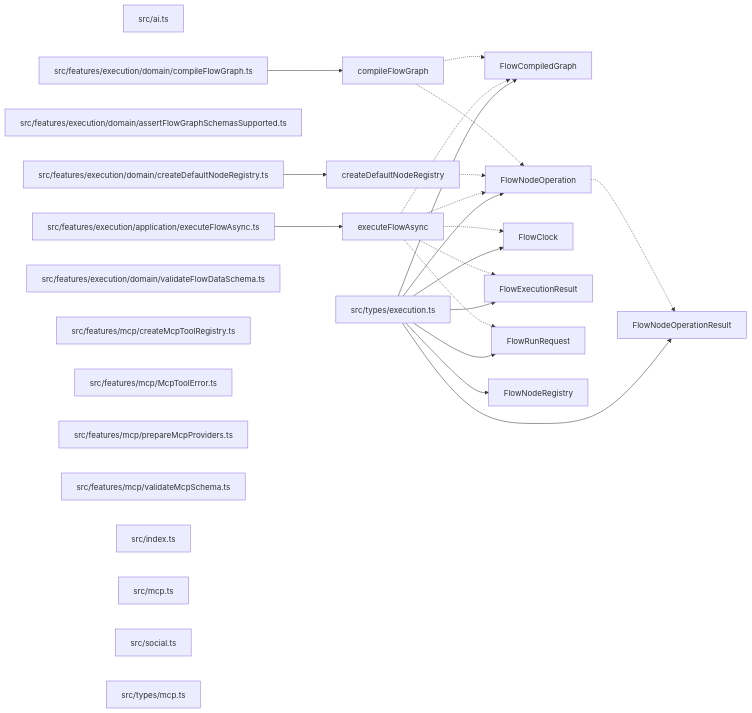
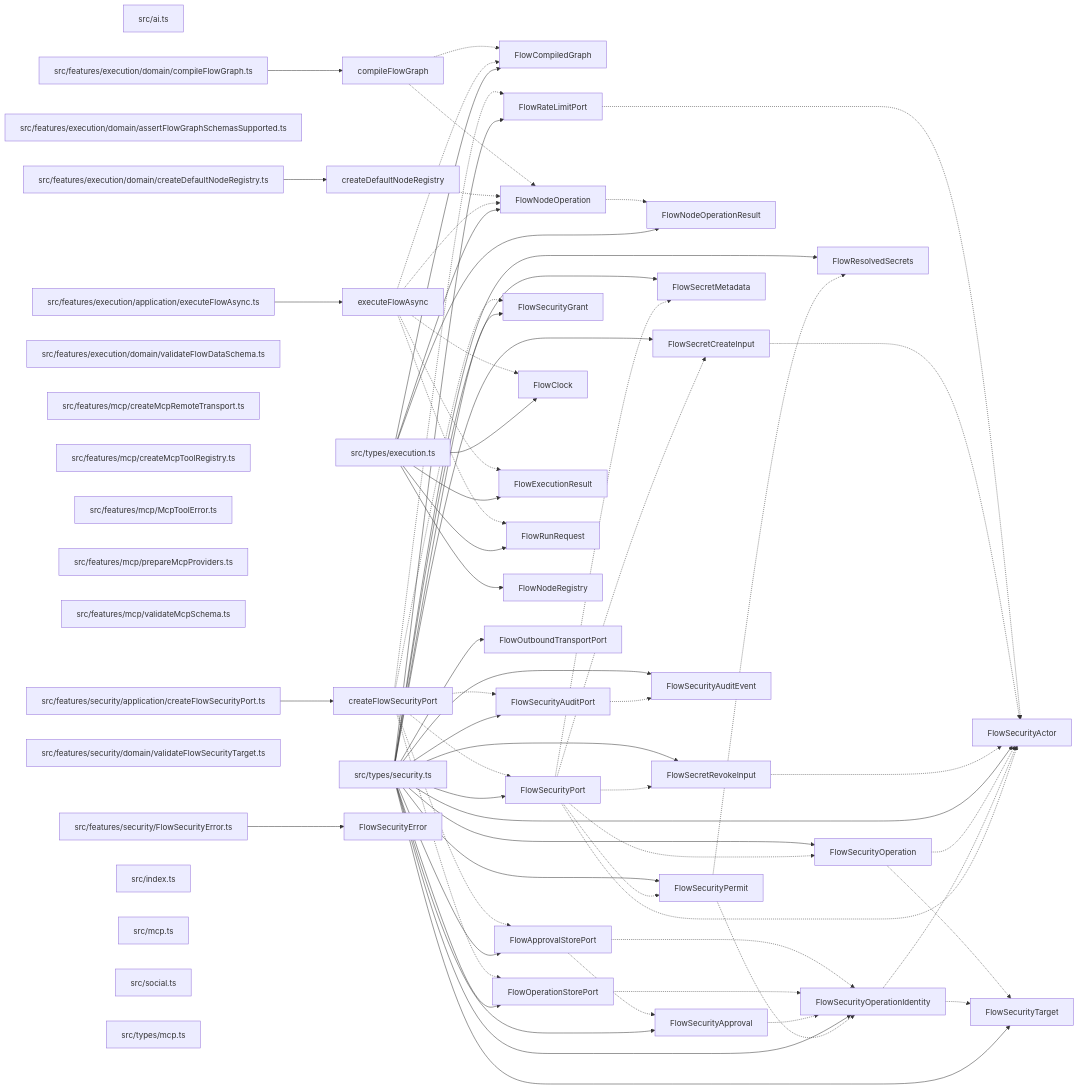
One commit to ankhorage/flow changed the diagram in paradox/diagrams/export-graph.mmd. Above: the diagram before and after it, drawn with Mermaid. The commit also changed 11 other files, not shown here.

```diff
--- a/paradox/diagrams/export-graph.mmd
+++ b/paradox/diagrams/export-graph.mmd
@@ -1,45 +1,116 @@
 graph LR
   module_src_ai_ts["src/ai.ts"]
   module_src_features_execution_application_executeFlowAsync_ts["src/features/execution/application/executeFlowAsync.ts"]
   module_src_features_execution_domain_assertFlowGraphSchemasSupported_ts["src/features/execution/domain/assertFlowGraphSchemasSupported.ts"]
   module_src_features_execution_domain_compileFlowGraph_ts["src/features/execution/domain/compileFlowGraph.ts"]
   module_src_features_execution_domain_createDefaultNodeRegistry_ts["src/features/execution/domain/createDefaultNodeRegistry.ts"]
   module_src_features_execution_domain_validateFlowDataSchema_ts["src/features/execution/domain/validateFlowDataSchema.ts"]
+  module_src_features_mcp_createMcpRemoteTransport_ts["src/features/mcp/createMcpRemoteTransport.ts"]
   module_src_features_mcp_createMcpToolRegistry_ts["src/features/mcp/createMcpToolRegistry.ts"]
   module_src_features_mcp_McpToolError_ts["src/features/mcp/McpToolError.ts"]
   module_src_features_mcp_prepareMcpProviders_ts["src/features/mcp/prepareMcpProviders.ts"]
   module_src_features_mcp_validateMcpSchema_ts["src/features/mcp/validateMcpSchema.ts"]
+  module_src_features_security_application_createFlowSecurityPort_ts["src/features/security/application/createFlowSecurityPort.ts"]
+  module_src_features_security_domain_validateFlowSecurityTarget_ts["src/features/security/domain/validateFlowSecurityTarget.ts"]
+  module_src_features_security_FlowSecurityError_ts["src/features/security/FlowSecurityError.ts"]
   module_src_index_ts["src/index.ts"]
   module_src_mcp_ts["src/mcp.ts"]
   module_src_social_ts["src/social.ts"]
   module_src_types_execution_ts["src/types/execution.ts"]
   module_src_types_mcp_ts["src/types/mcp.ts"]
+  module_src_types_security_ts["src/types/security.ts"]
   export_compileFlowGraph["compileFlowGraph"]
   module_src_features_execution_domain_compileFlowGraph_ts --> export_compileFlowGraph
   export_compileFlowGraph -.-> export_FlowCompiledGraph
   export_compileFlowGraph -.-> export_FlowNodeOperation
   export_createDefaultNodeRegistry["createDefaultNodeRegistry"]
   module_src_features_execution_domain_createDefaultNodeRegistry_ts --> export_createDefaultNodeRegistry
   export_createDefaultNodeRegistry -.-> export_FlowNodeOperation
+  export_createFlowSecurityPort["createFlowSecurityPort"]
+  module_src_features_security_application_createFlowSecurityPort_ts --> export_createFlowSecurityPort
+  export_createFlowSecurityPort -.-> export_FlowApprovalStorePort
+  export_createFlowSecurityPort -.-> export_FlowOperationStorePort
+  export_createFlowSecurityPort -.-> export_FlowRateLimitPort
+  export_createFlowSecurityPort -.-> export_FlowSecurityAuditPort
+  export_createFlowSecurityPort -.-> export_FlowSecurityGrant
+  export_createFlowSecurityPort -.-> export_FlowSecurityPort
   export_executeFlowAsync["executeFlowAsync"]
   module_src_features_execution_application_executeFlowAsync_ts --> export_executeFlowAsync
   export_executeFlowAsync -.-> export_FlowClock
   export_executeFlowAsync -.-> export_FlowCompiledGraph
   export_executeFlowAsync -.-> export_FlowExecutionResult
   export_executeFlowAsync -.-> export_FlowNodeOperation
   export_executeFlowAsync -.-> export_FlowRunRequest
+  export_FlowApprovalStorePort["FlowApprovalStorePort"]
+  module_src_types_security_ts --> export_FlowApprovalStorePort
+  export_FlowApprovalStorePort -.-> export_FlowSecurityApproval
+  export_FlowApprovalStorePort -.-> export_FlowSecurityOperationIdentity
   export_FlowClock["FlowClock"]
   module_src_types_execution_ts --> export_FlowClock
   export_FlowCompiledGraph["FlowCompiledGraph"]
   module_src_types_execution_ts --> export_FlowCompiledGraph
   export_FlowExecutionResult["FlowExecutionResult"]
   module_src_types_execution_ts --> export_FlowExecutionResult
   export_FlowNodeOperation["FlowNodeOperation"]
   module_src_types_execution_ts --> export_FlowNodeOperation
   export_FlowNodeOperation -.-> export_FlowNodeOperationResult
   export_FlowNodeOperationResult["FlowNodeOperationResult"]
   module_src_types_execution_ts --> export_FlowNodeOperationResult
   export_FlowNodeRegistry["FlowNodeRegistry"]
   module_src_types_execution_ts --> export_FlowNodeRegistry
+  export_FlowOperationStorePort["FlowOperationStorePort"]
+  module_src_types_security_ts --> export_FlowOperationStorePort
+  export_FlowOperationStorePort -.-> export_FlowSecurityOperationIdentity
+  export_FlowOutboundTransportPort["FlowOutboundTransportPort"]
+  module_src_types_security_ts --> export_FlowOutboundTransportPort
+  export_FlowRateLimitPort["FlowRateLimitPort"]
+  module_src_types_security_ts --> export_FlowRateLimitPort
+  export_FlowRateLimitPort -.-> export_FlowSecurityActor
+  export_FlowResolvedSecrets["FlowResolvedSecrets"]
+  module_src_types_security_ts --> export_FlowResolvedSecrets
   export_FlowRunRequest["FlowRunRequest"]
   module_src_types_execution_ts --> export_FlowRunRequest
+  export_FlowSecretCreateInput["FlowSecretCreateInput"]
+  module_src_types_security_ts --> export_FlowSecretCreateInput
+  export_FlowSecretCreateInput -.-> export_FlowSecurityActor
+  export_FlowSecretMetadata["FlowSecretMetadata"]
+  module_src_types_security_ts --> export_FlowSecretMetadata
+  export_FlowSecretRevokeInput["FlowSecretRevokeInput"]
+  module_src_types_security_ts --> export_FlowSecretRevokeInput
+  export_FlowSecretRevokeInput -.-> export_FlowSecurityActor
+  export_FlowSecurityActor["FlowSecurityActor"]
+  module_src_types_security_ts --> export_FlowSecurityActor
+  export_FlowSecurityApproval["FlowSecurityApproval"]
+  module_src_types_security_ts --> export_FlowSecurityApproval
+  export_FlowSecurityApproval -.-> export_FlowSecurityOperationIdentity
+  export_FlowSecurityAuditEvent["FlowSecurityAuditEvent"]
+  module_src_types_security_ts --> export_FlowSecurityAuditEvent
+  export_FlowSecurityAuditPort["FlowSecurityAuditPort"]
+  module_src_types_security_ts --> export_FlowSecurityAuditPort
+  export_FlowSecurityAuditPort -.-> export_FlowSecurityAuditEvent
+  export_FlowSecurityError["FlowSecurityError"]
+  module_src_features_security_FlowSecurityError_ts --> export_FlowSecurityError
+  export_FlowSecurityGrant["FlowSecurityGrant"]
+  module_src_types_security_ts --> export_FlowSecurityGrant
+  export_FlowSecurityOperation["FlowSecurityOperation"]
+  module_src_types_security_ts --> export_FlowSecurityOperation
+  export_FlowSecurityOperation -.-> export_FlowSecurityActor
+  export_FlowSecurityOperation -.-> export_FlowSecurityTarget
+  export_FlowSecurityOperationIdentity["FlowSecurityOperationIdentity"]
+  module_src_types_security_ts --> export_FlowSecurityOperationIdentity
+  export_FlowSecurityOperationIdentity -.-> export_FlowSecurityActor
+  export_FlowSecurityOperationIdentity -.-> export_FlowSecurityTarget
+  export_FlowSecurityPermit["FlowSecurityPermit"]
+  module_src_types_security_ts --> export_FlowSecurityPermit
+  export_FlowSecurityPermit -.-> export_FlowResolvedSecrets
+  export_FlowSecurityPermit -.-> export_FlowSecurityOperationIdentity
+  export_FlowSecurityPort["FlowSecurityPort"]
+  module_src_types_security_ts --> export_FlowSecurityPort
+  export_FlowSecurityPort -.-> export_FlowSecretCreateInput
+  export_FlowSecurityPort -.-> export_FlowSecretMetadata
+  export_FlowSecurityPort -.-> export_FlowSecretRevokeInput
+  export_FlowSecurityPort -.-> export_FlowSecurityActor
+  export_FlowSecurityPort -.-> export_FlowSecurityOperation
+  export_FlowSecurityPort -.-> export_FlowSecurityPermit
+  export_FlowSecurityTarget["FlowSecurityTarget"]
+  module_src_types_security_ts --> export_FlowSecurityTarget
```
